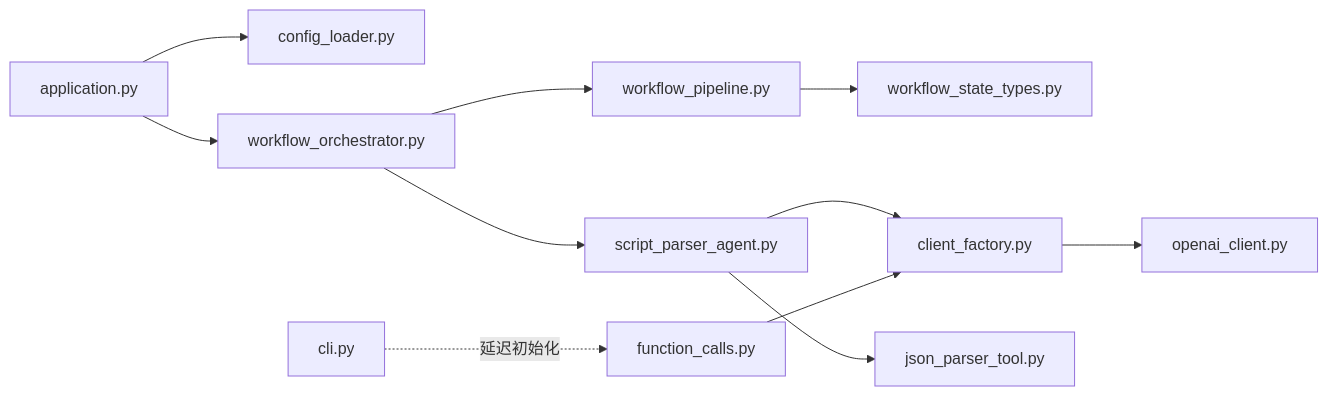
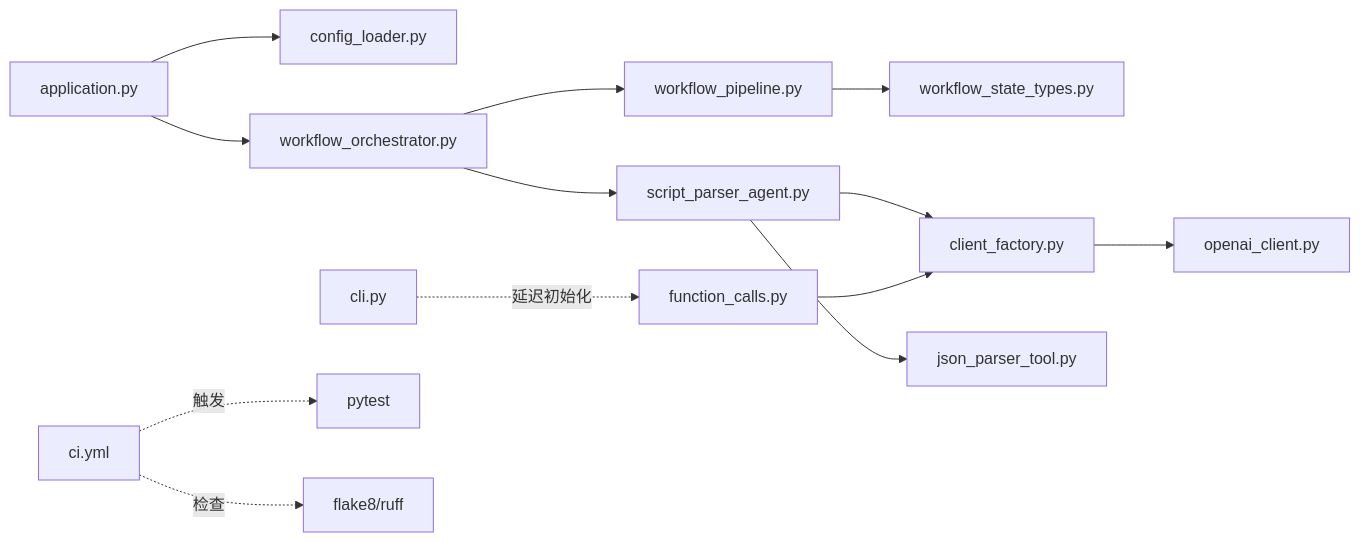
One commit to HengLine/tool-shot-agent changed the seventh of 10 diagrams in .qoder/repowiki/zh/content/开发指南/开发指南.md. Above: the diagram before and after it, drawn with Mermaid. The commit also changed other lines of this file and 9 other files, not shown here.

````diff
--- a/.qoder/repowiki/zh/content/开发指南/开发指南.md
+++ b/.qoder/repowiki/zh/content/开发指南/开发指南.md
@@ -422,13 +449,15 @@
 ```mermaid
 graph LR
 APP["application.py"] --> CFG["config_loader.py"]
 APP --> ORCH["workflow_orchestrator.py"]
 ORCH --> PIPE["workflow_pipeline.py"]
 PIPE --> STATE["workflow_state_types.py"]
 ORCH --> AG["script_parser_agent.py"]
 AG --> CF["client_factory.py"]
 CF --> OC["openai_client.py"]
 AG --> TOOL["json_parser_tool.py"]
 CLI["cli.py"] -.延迟初始化.-> PF["function_calls.py"]
 PF --> CF
+CI["ci.yml"] -.触发.-> TEST["pytest"]
+CI -.检查.-> LINT["flake8/ruff"]
 ```
````
